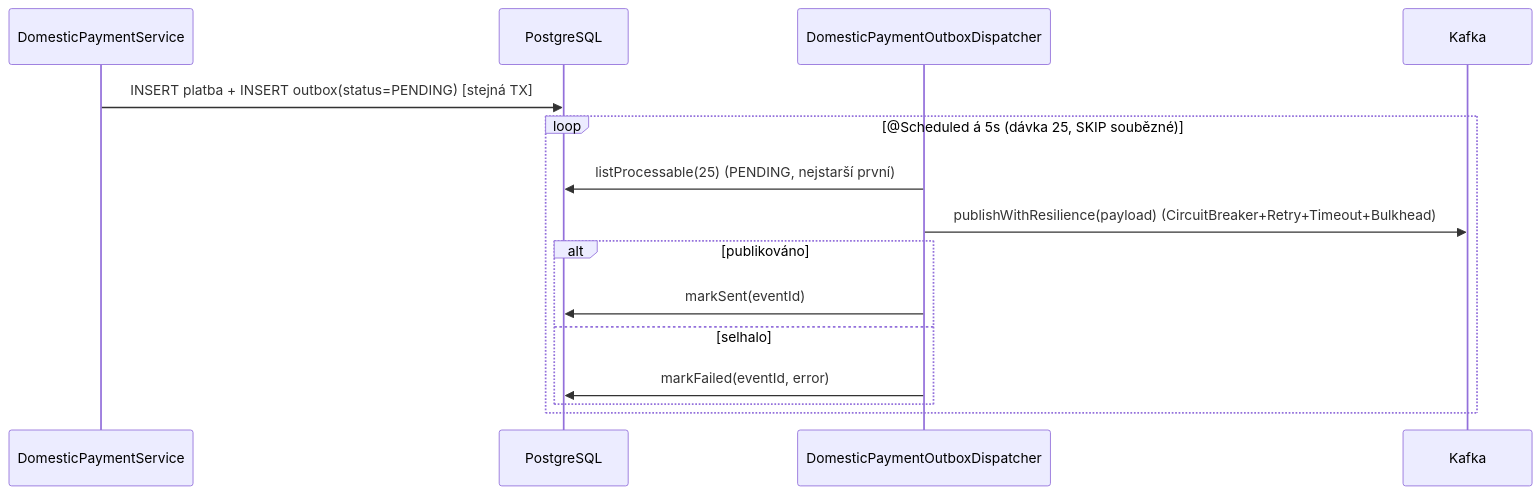
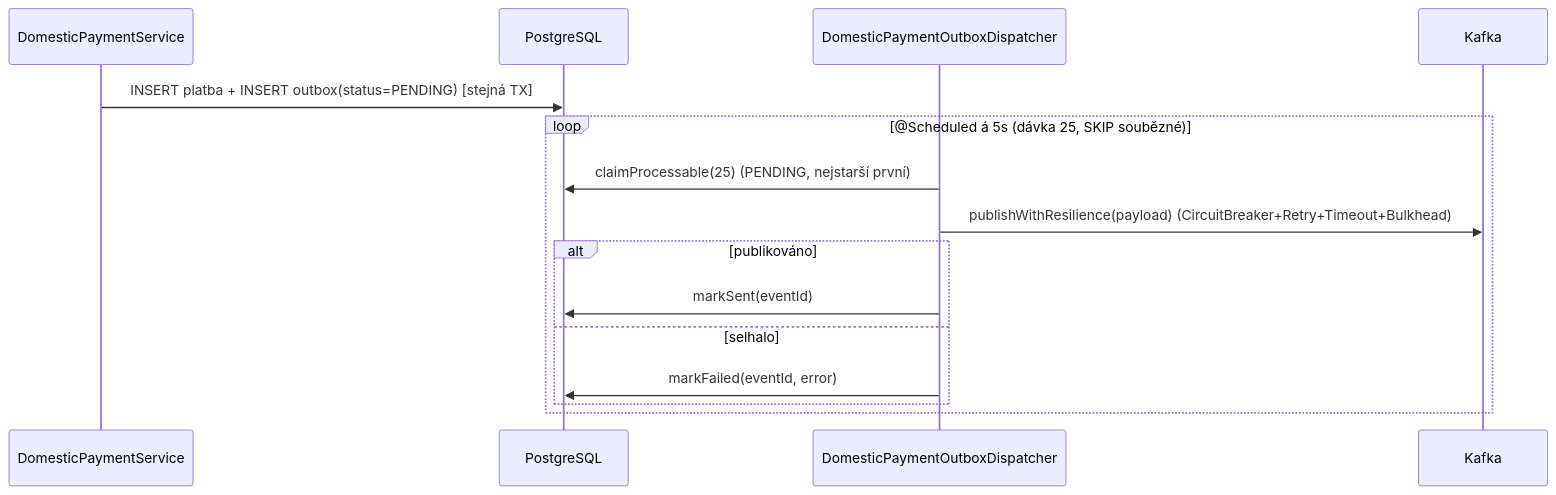
Before and after one commit to JiRaska/open-bank-oss: the fourth of 4 diagrams in openbank-domestic-payment/src/main/resources/docs/02-architecture.cs.md, drawn with Mermaid. The commit also changed other lines of this file and 4 other files, not shown here.

First line of the commit message:
fix(domestic-payment): keep outbox claims compatible with additive schema changes

````diff
--- a/openbank-domestic-payment/src/main/resources/docs/02-architecture.cs.md
+++ b/openbank-domestic-payment/src/main/resources/docs/02-architecture.cs.md
@@ -135,18 +135,18 @@
 ```mermaid
 sequenceDiagram
   participant S as DomesticPaymentService
   participant DB as PostgreSQL
   participant D as DomesticPaymentOutboxDispatcher
   participant K as Kafka
 
   S->>DB: INSERT platba + INSERT outbox(status=PENDING) [stejná TX]
   loop @Scheduled á 5s (dávka 25, SKIP soubězné)
-    D->>DB: listProcessable(25)  (PENDING, nejstarší první)
+    D->>DB: claimProcessable(25)  (PENDING, nejstarší první)
     D->>K: publishWithResilience(payload)  (CircuitBreaker+Retry+Timeout+Bulkhead)
     alt publikováno
       D->>DB: markSent(eventId)
     else selhalo
       D->>DB: markFailed(eventId, error)
     end
   end
 ```
````
